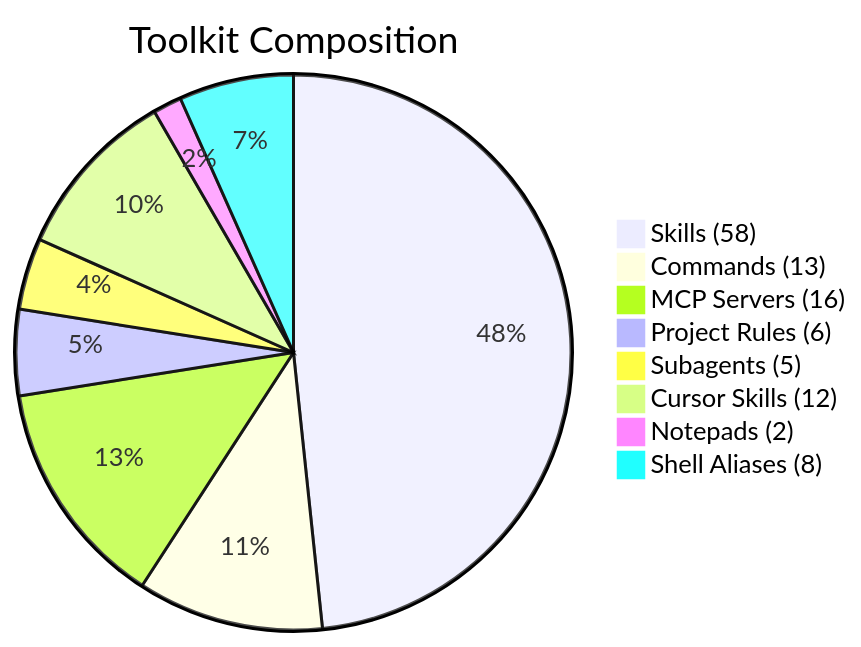
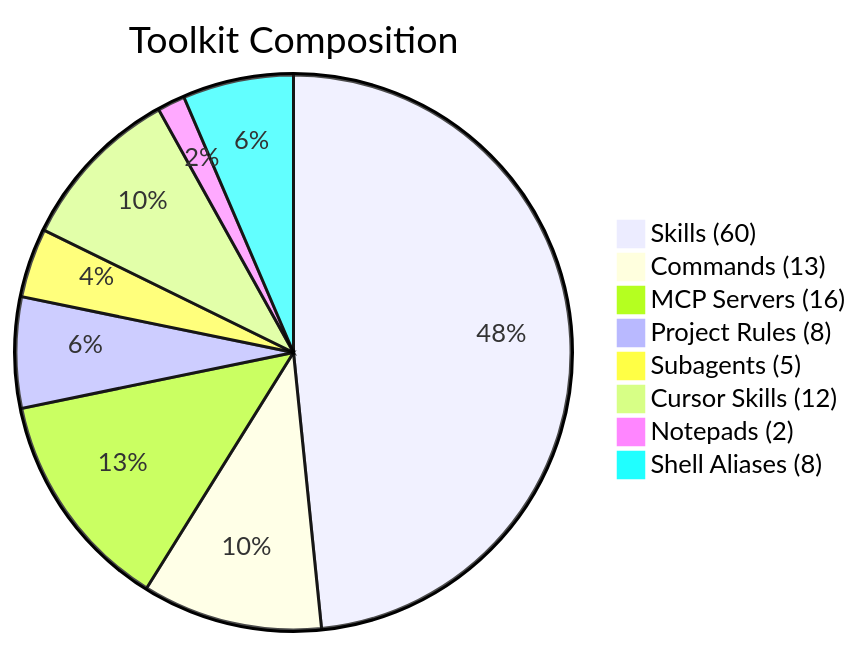
One commit to kensaurus/cursor-kenji changed the second of 12 diagrams in README.md. Above: the diagram before and after it, drawn with Mermaid. The commit also changed other lines of this file and 5 other files, not shown here.

````diff
--- a/README.md
+++ b/README.md
@@ -133,11 +144,11 @@
 ```mermaid
 pie title Toolkit Composition
-    "Skills (58)" : 58
+    "Skills (60)" : 60
     "Commands (13)" : 13
     "MCP Servers (16)" : 16
-    "Project Rules (6)" : 6
+    "Project Rules (8)" : 8
     "Subagents (5)" : 5
     "Cursor Skills (12)" : 12
     "Notepads (2)" : 2
     "Shell Aliases (8)" : 8
 ```
````
